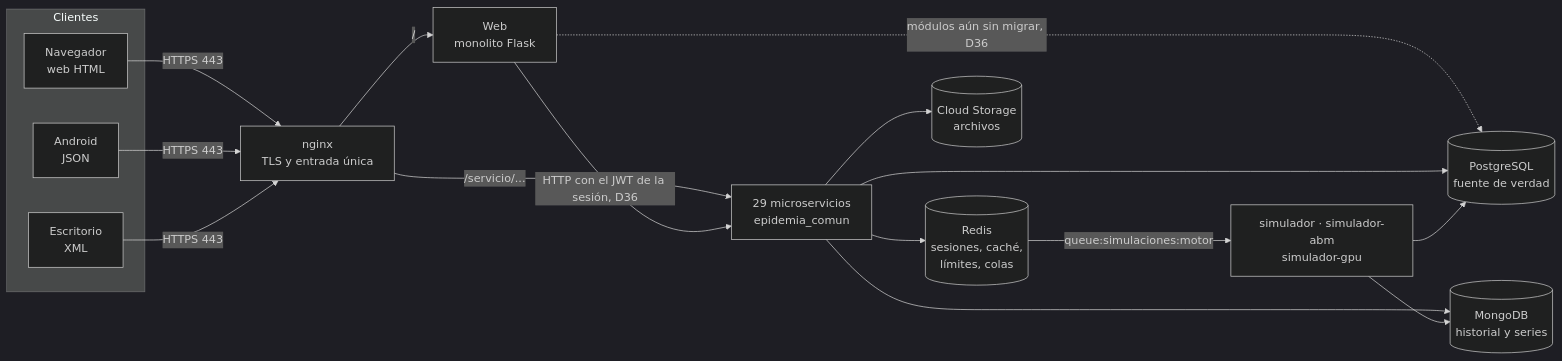
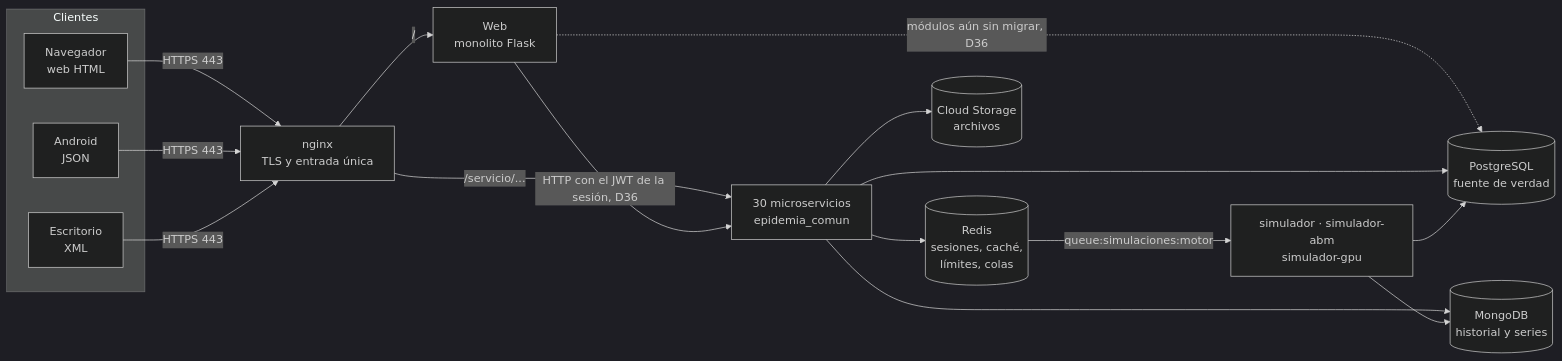
Before and after one commit to jonaxCA/A-D-M-Simulator: the first of 2 diagrams in docs/arquitectura/arquitectura_v3.md, drawn with Mermaid (dark theme). The commit also changed other lines of this file and 67 other files, not shown here.

````diff
--- a/docs/arquitectura/arquitectura_v3.md
+++ b/docs/arquitectura/arquitectura_v3.md
@@ -48,20 +48,20 @@
 ```mermaid
 flowchart LR
     subgraph Clientes
         NAV[Navegador<br/>web HTML]
         MOV[Android<br/>JSON]
         ESC[Escritorio<br/>XML]
     end
     NAV & MOV & ESC -->|HTTPS 443| NG[nginx<br/>TLS y entrada única]
     NG -->|/| WEB[Web<br/>monolito Flask]
-    NG -->|/servicio/...| MS[29 microservicios<br/>epidemia_comun]
+    NG -->|/servicio/...| MS[30 microservicios<br/>epidemia_comun]
     WEB -->|HTTP con el JWT de la sesión, D36| MS
     WEB -.->|módulos aún sin migrar, D36| PG
     MS --> PG[(PostgreSQL<br/>fuente de verdad)]
     MS --> RD[(Redis<br/>sesiones, caché,<br/>límites, colas)]
     MS --> MG[(MongoDB<br/>historial y series)]
     MS --> GCS[(Cloud Storage<br/>archivos)]
     RD -->|queue:simulaciones:motor| SIM[simulador · simulador-abm<br/>simulador-gpu]
     SIM --> PG
     SIM --> MG
 ```
````
